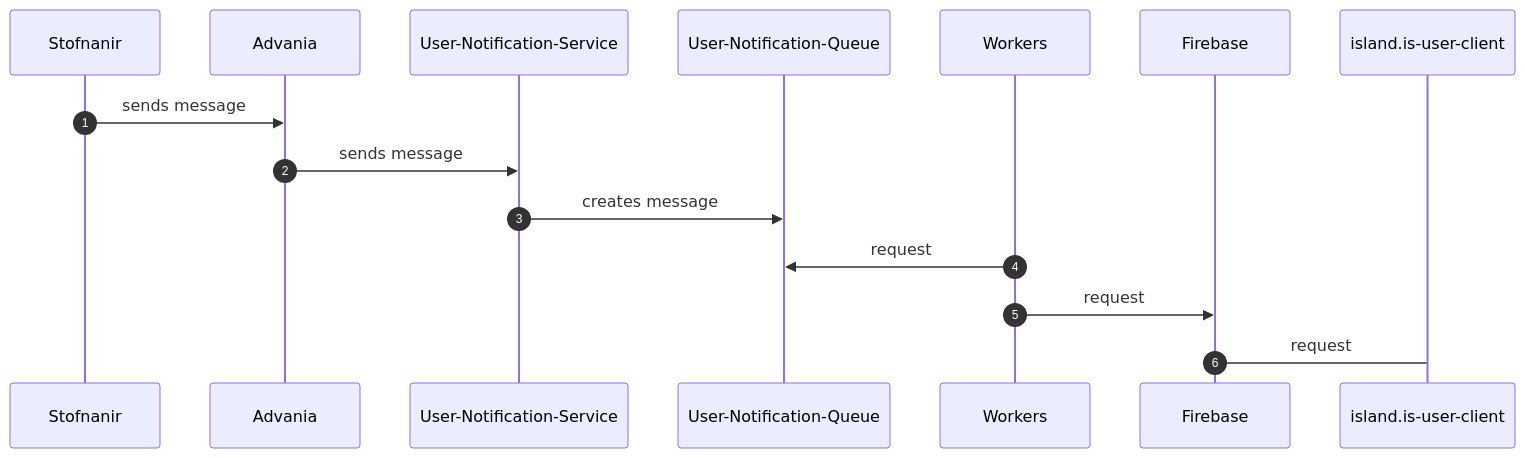
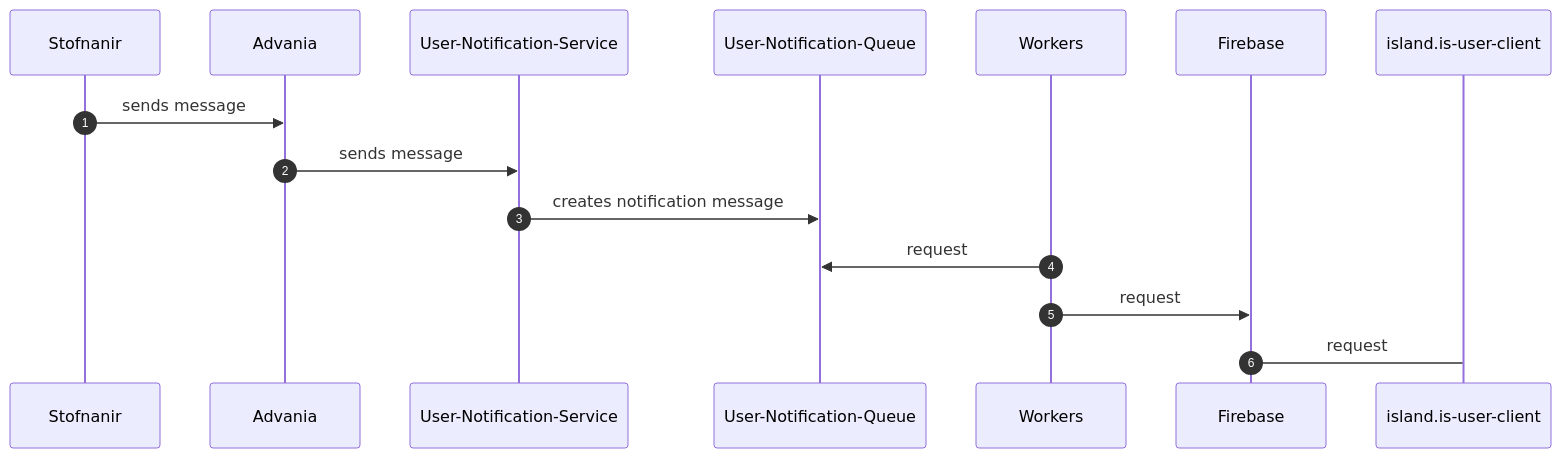
Before and after one commit to rafnarnason/bookish-fiesta: the diagram in hnipp.md, drawn with Mermaid.

````diff
--- a/hnipp.md
+++ b/hnipp.md
@@ -1,13 +1,13 @@
 ```mermaid
 sequenceDiagram
     autonumber
     Stofnanir->>Advania:sends message
     Advania->>User-Notification-Service:sends message
-    User-Notification-Service->>User-Notification-Queue:creates message
+    User-Notification-Service->>User-Notification-Queue:creates notification message
     Workers->>User-Notification-Queue:request
     Workers->>Firebase:request
     Firebase->island.is-user-client:request
     
     
    
 ```
````
